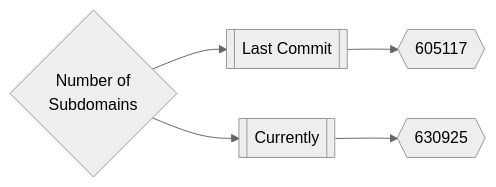
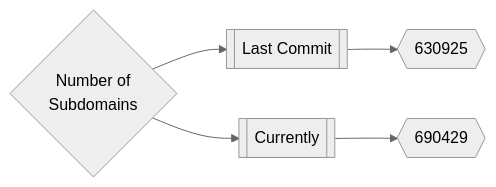
The first of 3 diagrams in README.md (trickest/inventory), drawn with Mermaid (neutral theme) before and after one commit. The commit also changed other lines of this file, not shown here.

Commit message:
Update Mon Mar 14 19:43:49 UTC 2022

````diff
--- a/README.md
+++ b/README.md
@@ -165,5 +165,5 @@
 ```mermaid
 graph LR
-title{Number of<br>Subdomains} --> subdomainsDate1[[Last Commit]] --> subdomainsNum1{{605117}}
-title --> subdomainsDate2[[Currently]] --> subdomainsNum2{{630925}}
+title{Number of<br>Subdomains} --> subdomainsDate1[[Last Commit]] --> subdomainsNum1{{630925}}
+title --> subdomainsDate2[[Currently]] --> subdomainsNum2{{690429}}
 ```
````
